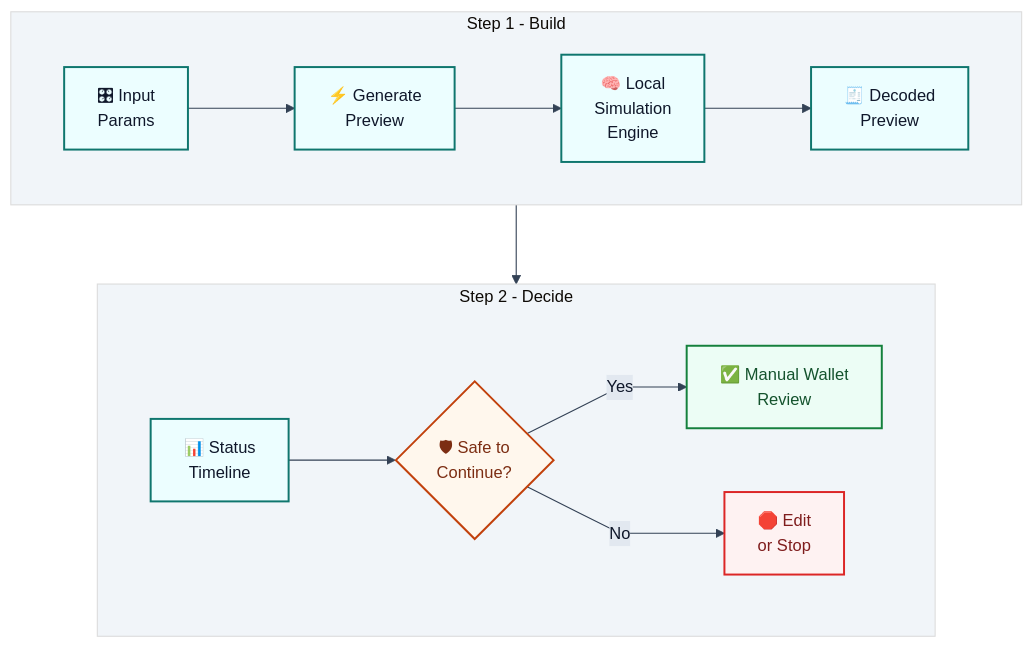
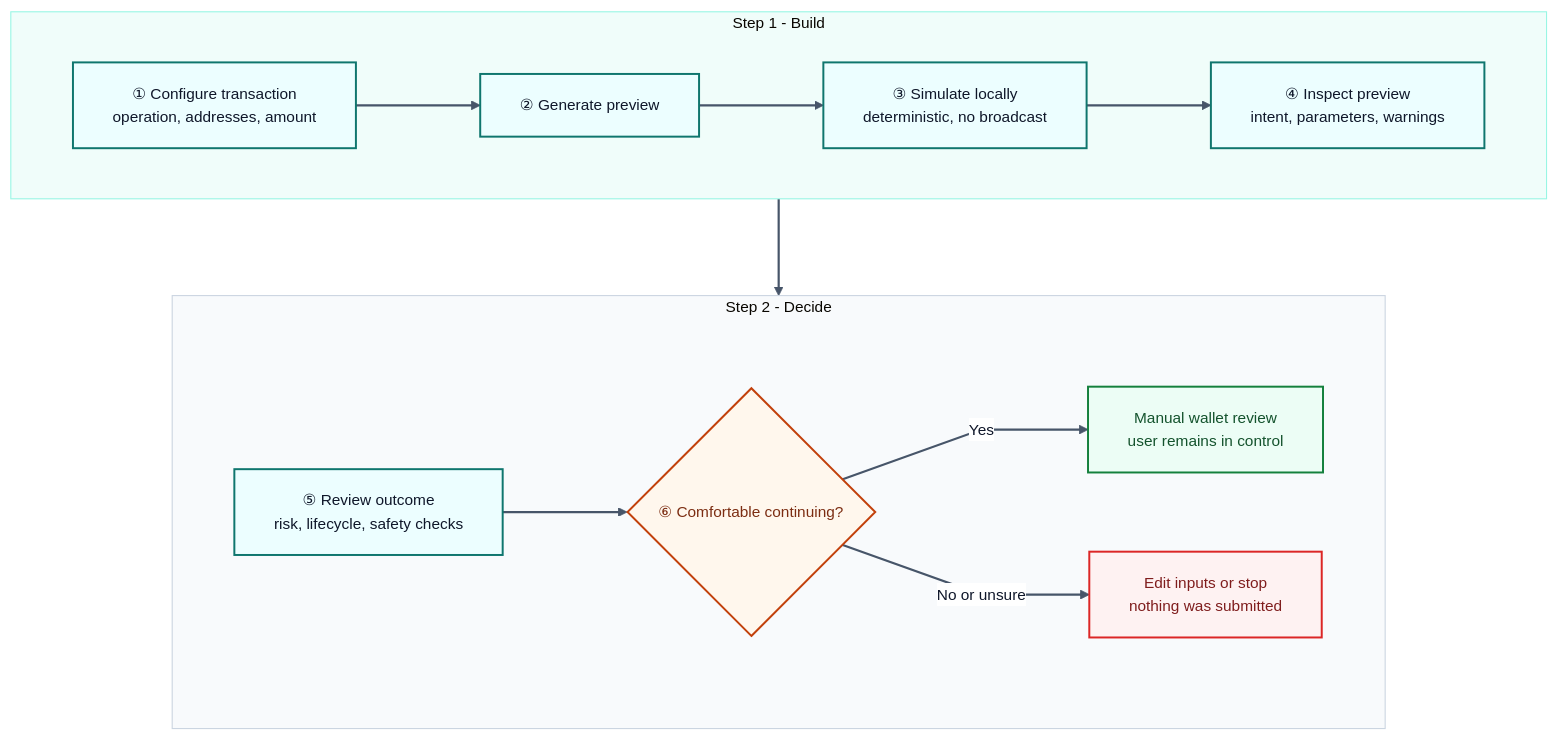
Before and after one commit to sunshineluyao/Moss-Mcp-Transaction: the first of 8 diagrams in README.md, drawn with Mermaid. The commit also changed other lines of this file, not shown here.

Commit message:
docs: refine Mermaid diagrams for full labels

````diff
--- a/README.md
+++ b/README.md
@@ -153,29 +153,32 @@
 ```mermaid
-%%{init: {'theme':'base','flowchart': {'htmlLabels': true, 'nodeSpacing': 58, 'rankSpacing': 72, 'curve': 'linear'},'themeVariables': {'fontFamily':'Trebuchet MS, Segoe UI, sans-serif','fontSize':'15px','primaryColor':'#eef6ff','primaryBorderColor':'#3b82f6','primaryTextColor':'#0f172a','lineColor':'#334155','secondaryColor':'#f8fafc','tertiaryColor':'#f1f5f9','edgeLabelBackground':'#e2e8f0'}}}%%
+%%{init: {'theme':'base','flowchart': {'htmlLabels': true, 'nodeSpacing': 72, 'rankSpacing': 88, 'curve': 'linear', 'padding': 18}, 'themeVariables': {'fontFamily':'Arial, Helvetica, sans-serif','fontSize':'14px','primaryTextColor':'#0f172a','lineColor':'#334155','clusterBkg':'#f8fafc','clusterBorder':'#cbd5e1','edgeLabelBackground':'#ffffff'}}}%%
 flowchart TB
   subgraph R1[Step 1 - Build]
     direction LR
-    A["🎛 Input<br/>Params"] --> B["⚡ Generate<br/>Preview"]
-    B --> C["🧠 Local<br/>Simulation<br/>Engine"]
-    C --> D["🧾 Decoded<br/>Preview"]
+    A["① Configure transaction<br/>operation, addresses, amount"] --> B["② Generate preview"]
+    B --> C["③ Simulate locally<br/>deterministic, no broadcast"]
+    C --> D["④ Inspect preview<br/>intent, parameters, warnings"]
   end
 
   subgraph R2[Step 2 - Decide]
     direction LR
-    E["📊 Status<br/>Timeline"] --> F{"🛡 Safe to<br/>Continue?"}
-    F -->|Yes| G["✅ Manual Wallet<br/>Review"]
-    F -->|No| H["🛑 Edit<br/>or Stop"]
+    E["⑤ Review outcome<br/>risk, lifecycle, safety checks"] --> F{"⑥ Comfortable continuing?"}
+    F -->|Yes| G["Manual wallet review<br/>user remains in control"]
+    F -->|No or unsure| H["Edit inputs or stop<br/>nothing was submitted"]
   end
 
   D --> E
 
   classDef main fill:#ecfeff,stroke:#0f766e,stroke-width:1.8px,color:#0f172a;
   classDef decision fill:#fff7ed,stroke:#c2410c,stroke-width:1.8px,color:#7c2d12;
   classDef success fill:#ecfdf5,stroke:#15803d,stroke-width:1.8px,color:#14532d;
   classDef stop fill:#fef2f2,stroke:#dc2626,stroke-width:1.8px,color:#7f1d1d;
 
   class A,B,C,D,E main;
   class F decision;
   class G success;
   class H stop;
+  style R1 fill:#f0fdfa,stroke:#99f6e4,stroke-width:1px
+  style R2 fill:#f8fafc,stroke:#cbd5e1,stroke-width:1px
+  linkStyle default stroke:#475569,stroke-width:2px;
 ```
````
